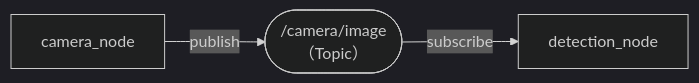
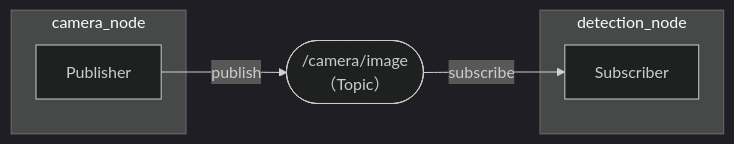
One commit to Harlequinade1123/ros1-tutorials changed the first of 4 diagrams in docs/01_introduction.md. Above: the diagram before and after it, drawn with Mermaid (dark theme). The commit also changed other lines of this file, not shown here.

Commit message:
docs: add Publisher/Subscriber subgraphs to node diagrams in ch.1

````diff
--- a/docs/01_introduction.md
+++ b/docs/01_introduction.md
@@ -48,5 +48,12 @@
 ```mermaid
 graph LR
-    camera_node["camera_node"] -->|"publish"| topic(["/camera/image<br/>（Topic）"])
-    topic -->|"subscribe"| detection_node["detection_node"]
+    subgraph camera ["camera_node"]
+        pub["Publisher"]
+    end
+    topic(["/camera/image<br/>（Topic）"])
+    subgraph detection ["detection_node"]
+        sub["Subscriber"]
+    end
+    pub -->|"publish"| topic
+    topic -->|"subscribe"| sub
 ```
````
